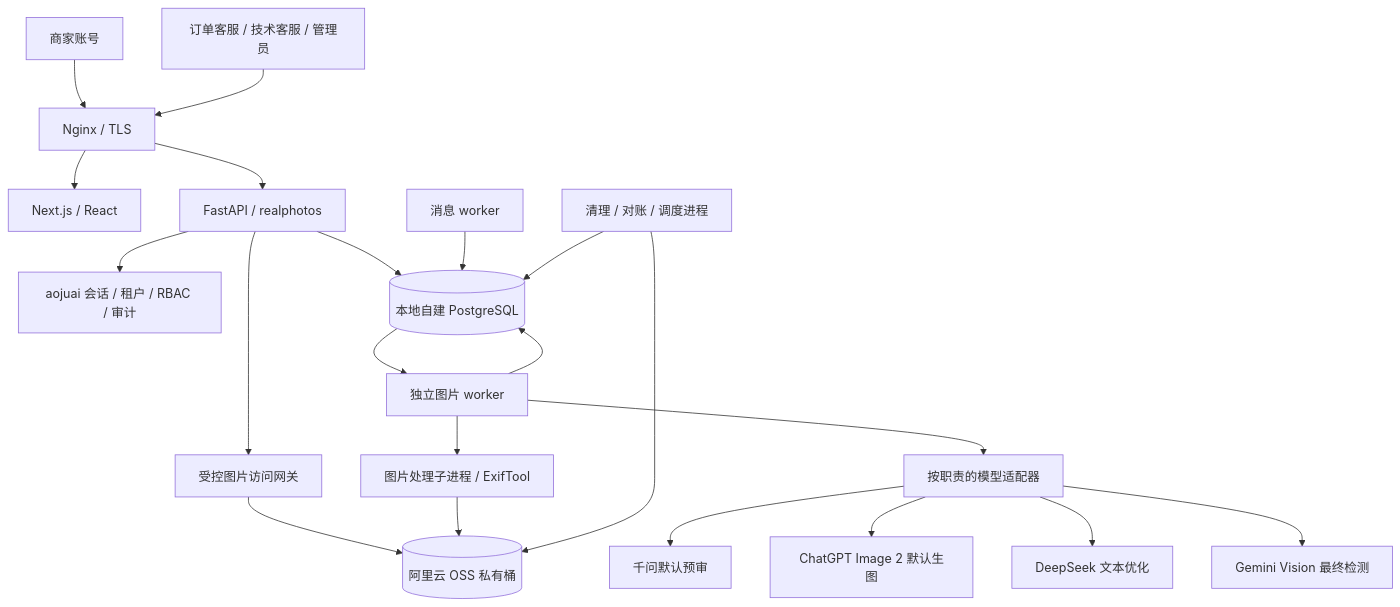
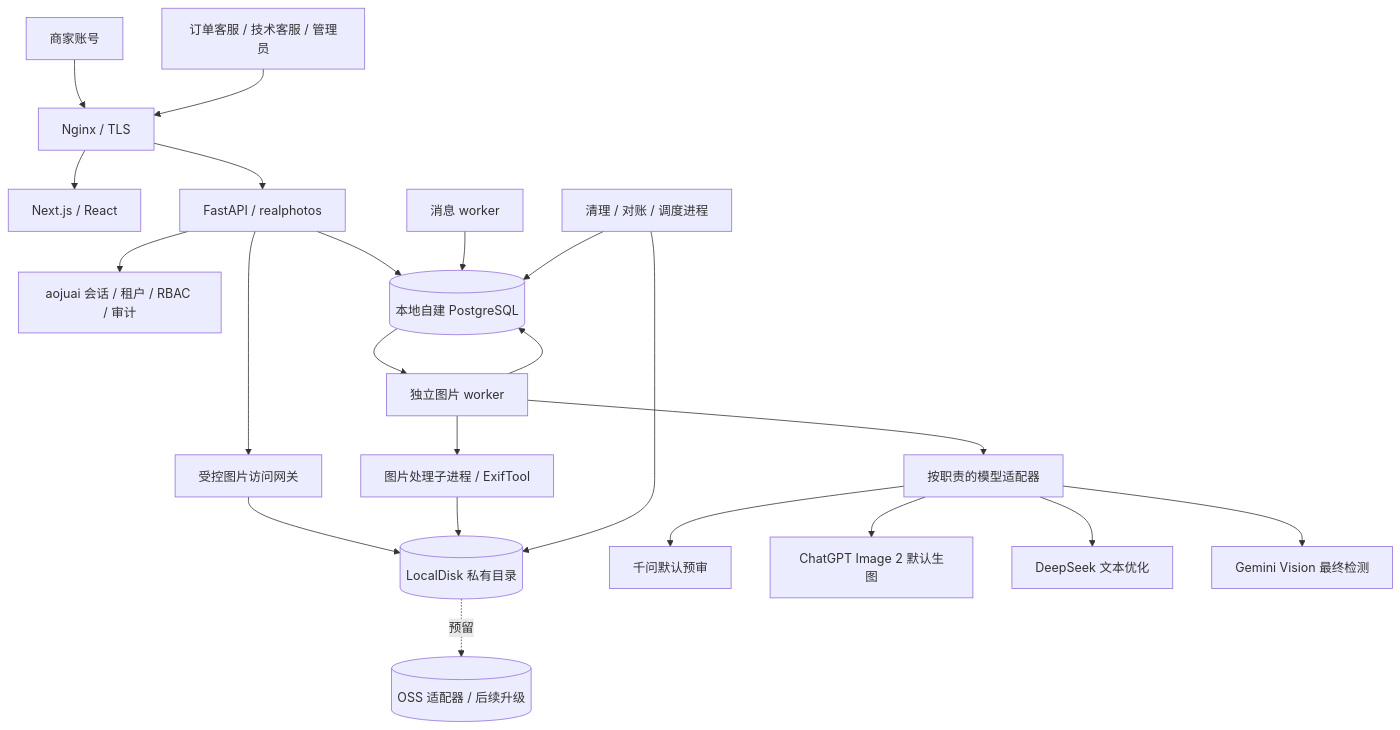
Before and after one commit to nancywrayg57-jpg/mihuanyuantu-v2: the first of 6 diagrams in docs/蜜獾原图-v2-项目架构-v1.0.md, drawn with Mermaid. The commit also changed other lines of this file and 14 other files, not shown here.

First line of the commit message:
Align first-knife logic architecture after grill-me.

````diff
--- a/docs/蜜獾原图-v2-项目架构-v1.0.md
+++ b/docs/蜜獾原图-v2-项目架构-v1.0.md
@@ -72,23 +78,24 @@
 ```mermaid
 flowchart TB
   Merchant["商家账号"] --> Edge["Nginx / TLS"]
   Staff["订单客服 / 技术客服 / 管理员"] --> Edge
   Edge --> Web["Next.js / React"]
   Edge --> API["FastAPI / realphotos"]
   API --> Core["aojuai 会话 / 租户 / RBAC / 审计"]
   API --> DB[("本地自建 PostgreSQL")]
   API --> Assets["受控图片访问网关"]
-  Assets --> OSS[("阿里云 OSS 私有桶")]
+  Assets --> Disk[("LocalDisk 私有目录")]
+  Disk -.预留.-> OSS[("OSS 适配器 / 后续升级")]
   DB --> Worker["独立图片 worker"]
   Worker --> CPU["图片处理子进程 / ExifTool"]
   Worker --> Models["按职责的模型适配器"]
   Models --> Pre["千问默认预审"]
   Models --> Gen["ChatGPT Image 2 默认生图"]
   Models --> Text["DeepSeek 文本优化"]
   Models --> Verify["Gemini Vision 最终检测"]
-  CPU --> OSS
+  CPU --> Disk
   Worker --> DB
   Notify["消息 worker"] --> DB
   Cleanup["清理 / 对账 / 调度进程"] --> DB
-  Cleanup --> OSS
+  Cleanup --> Disk
 ```
````
